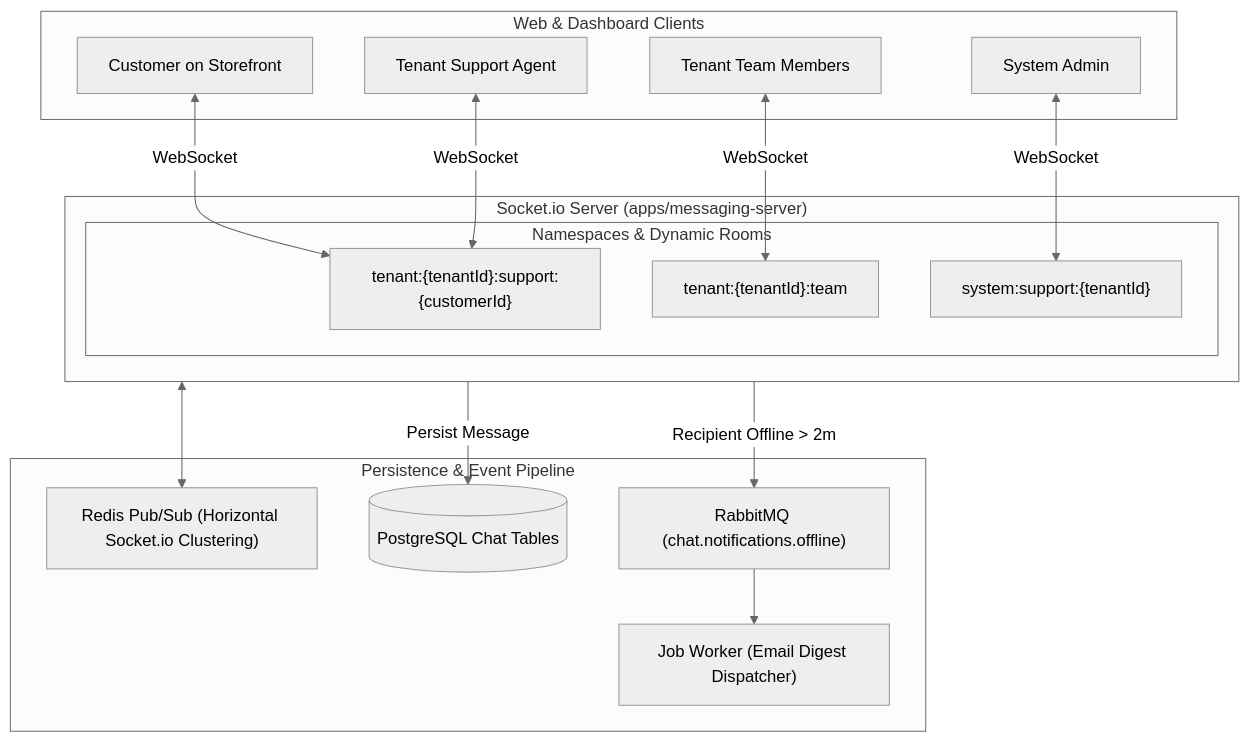
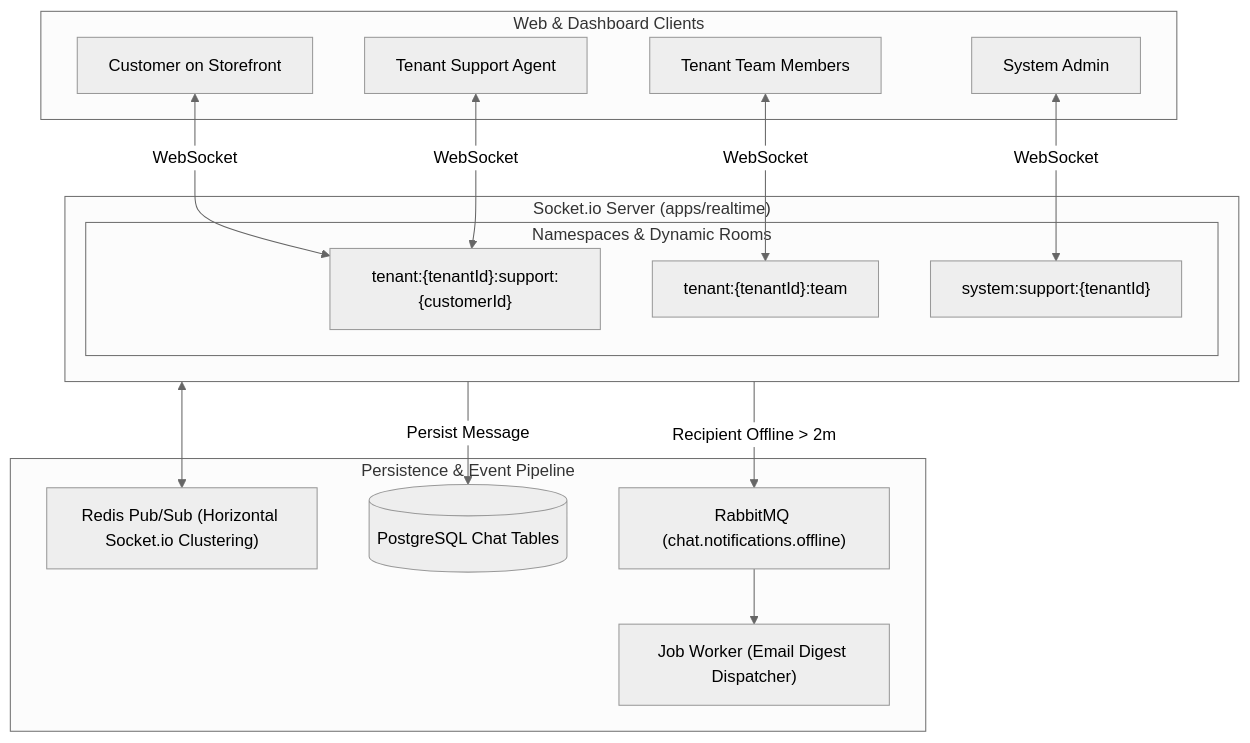
One commit to edmealem-k/hono-commerce changed the sixth of 7 diagrams in docs/architecture/system-architecture.md. Above: the diagram before and after it, drawn with Mermaid (neutral theme). The commit also changed other lines of this file and 96 other files, not shown here.

````diff
--- a/docs/architecture/system-architecture.md
+++ b/docs/architecture/system-architecture.md
@@ -256,33 +256,33 @@
 ```mermaid
 graph TD
     subgraph Clients ["Web & Dashboard Clients"]
         Cust[Customer on Storefront]
         Agent[Tenant Support Agent]
         Staff[Tenant Team Members]
         Admin[System Admin]
     end
 
-    subgraph SocketCluster ["Socket.io Server (apps/messaging-server)"]
+    subgraph SocketCluster ["Socket.io Server (apps/realtime)"]
         subgraph Rooms ["Namespaces & Dynamic Rooms"]
             R_Support["tenant:{tenantId}:support:{customerId}"]
             R_Team["tenant:{tenantId}:team"]
             R_System["system:support:{tenantId}"]
         end
     end
 
     subgraph DataPlane ["Persistence & Event Pipeline"]
         RedisAdapter["Redis Pub/Sub (Horizontal Socket.io Clustering)"]
         DB[(PostgreSQL Chat Tables)]
         RMQ["RabbitMQ (chat.notifications.offline)"]
         Worker["Job Worker (Email Digest Dispatcher)"]
     end
 
     Cust <-->|WebSocket| R_Support
     Agent <-->|WebSocket| R_Support
     Staff <-->|WebSocket| R_Team
     Admin <-->|WebSocket| R_System
 
     SocketCluster <--> RedisAdapter
     SocketCluster -->|Persist Message| DB
     SocketCluster -->|Recipient Offline > 2m| RMQ --> Worker
 ```
````
